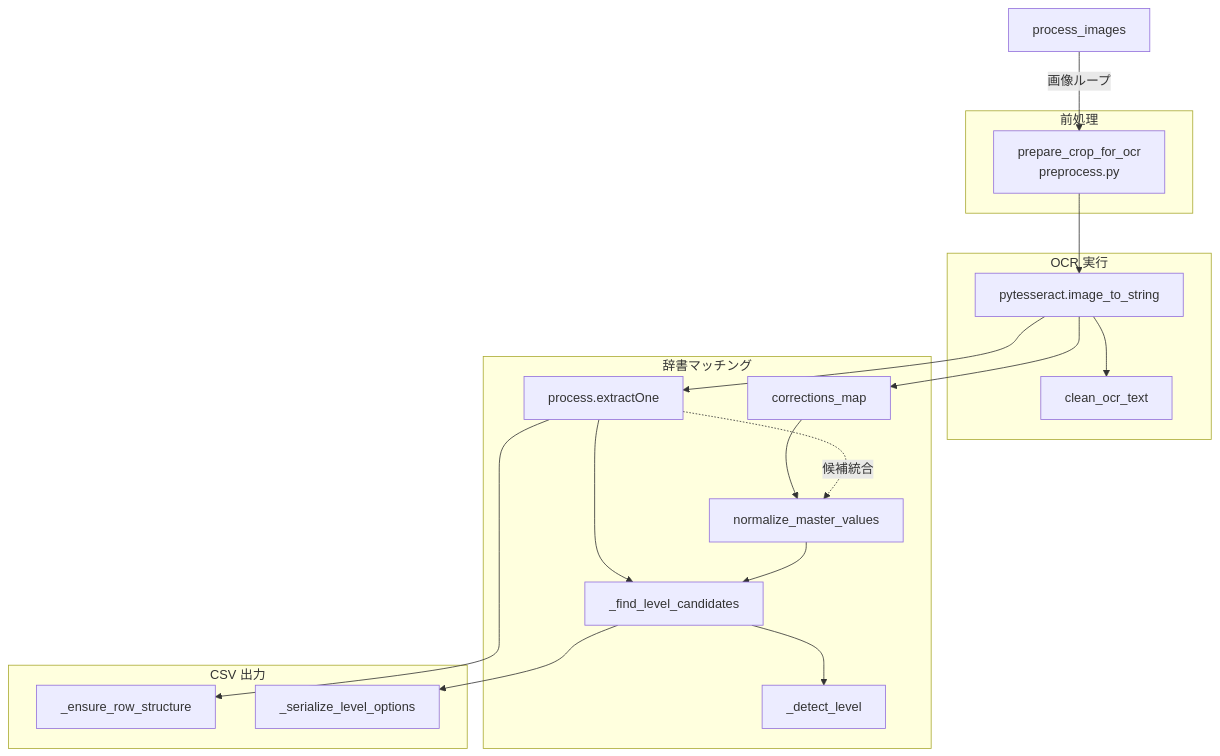
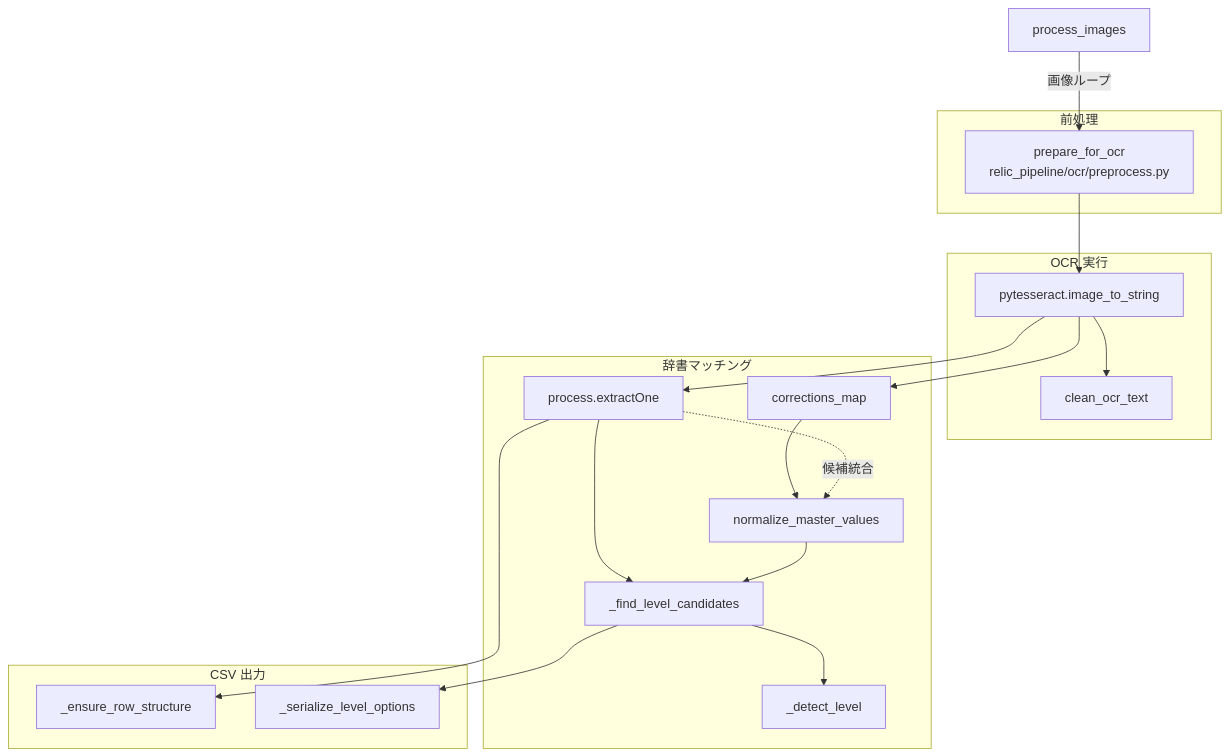
One commit to nanashio/RelicListMaker changed the diagram in docs/plan-ocr-pipeline-refactor.md. Above: the diagram before and after it, drawn with Mermaid. The commit also changed other lines of this file and 2 other files, not shown here.

Commit message:
Call prepare_for_ocr directly

````diff
--- a/docs/plan-ocr-pipeline-refactor.md
+++ b/docs/plan-ocr-pipeline-refactor.md
@@ -6,28 +6,28 @@
 ```mermaid
 graph TD
     A[process_images]
     subgraph 前処理
-        B[prepare_crop_for_ocr<br/>preprocess.py]
+        B[prepare_for_ocr<br/>relic_pipeline/ocr/preprocess.py]
     end
     subgraph OCR 実行
         C[pytesseract.image_to_string]
         C --> D[clean_ocr_text]
     end
     subgraph 辞書マッチング
         E[process.extractOne]
         F[corrections_map]
         E -.-> |候補統合| G[normalize_master_values]
         F --> G
         G --> H[_find_level_candidates]
         H --> I[_detect_level]
     end
     subgraph CSV 出力
         J[_ensure_row_structure]
         K[_serialize_level_options]
     end
 
     A -->|画像ループ| B --> C --> E --> J
     C --> F
     E --> H
     H --> K
 ```
````
